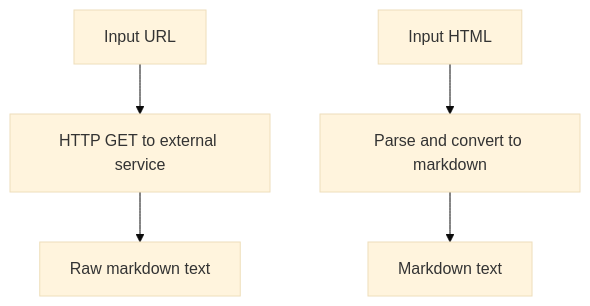
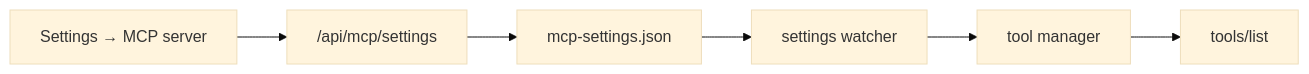
One commit to tashifkhan/tashif.codes changed the fifth of 6 diagrams in src/data/docs/agentic-browser/MCP Server.md. Above: the diagram before and after it, drawn with Mermaid (base theme). The commit also changed other lines of this file and 114 other files, not shown here.

````diff
--- a/src/data/docs/agentic-browser/MCP Server.md
+++ b/src/data/docs/agentic-browser/MCP Server.md
@@ -139,7 +144,8 @@
 ```mermaid
-flowchart TD
-URL["Input URL"] --> Fetch["HTTP GET to external service"]
-Fetch --> MD["Raw markdown text"]
-HTML["Input HTML"] --> Convert["Parse and convert to markdown"]
-Convert --> MD2["Markdown text"]
+graph LR
+  Console["Settings → MCP server"] --> API["/api/mcp/settings"]
+  API --> File["mcp-settings.json"]
+  File --> Watcher["settings watcher"]
+  Watcher --> Server["tool manager"]
+  Server --> Clients["tools/list"]
 ```
````
